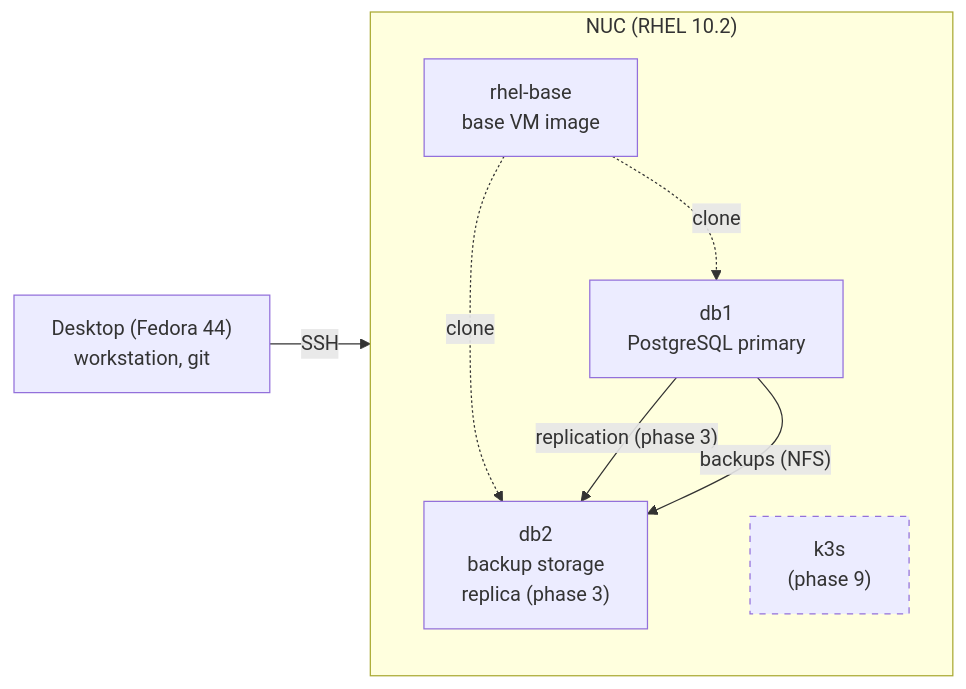
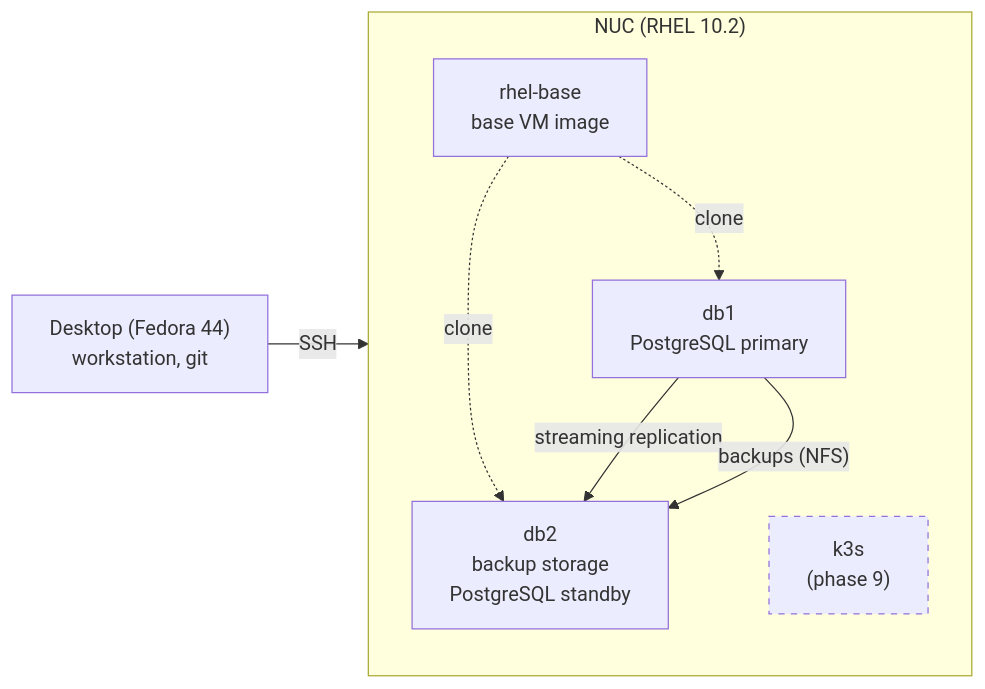
One commit to marin-orejas/rhel-data-platform changed the diagram in README.md. Above: the diagram before and after it, drawn with Mermaid. The commit also changed other lines of this file and 1 other file, not shown here.

Commit message:
docs(roadmap): mark streaming replication done

````diff
--- a/README.md
+++ b/README.md
@@ -15,17 +15,17 @@
 ```mermaid
 flowchart LR
     desk["Desktop (Fedora 44)<br/>workstation, git"]
     subgraph nuc["NUC (RHEL 10.2)"]
         base["rhel-base<br/>base VM image"]
         db1["db1<br/>PostgreSQL primary"]
-        db2["db2<br/>backup storage<br/>replica (phase 3)"]
+        db2["db2<br/>backup storage<br/>PostgreSQL standby"]
         k3s["k3s<br/>(phase 9)"]
         base -. clone .-> db1
         base -. clone .-> db2
-        db1 -- "replication (phase 3)" --> db2
+        db1 -- "streaming replication" --> db2
         db1 -- "backups (NFS)" --> db2
     end
     desk -- SSH --> nuc
     classDef planned stroke-dasharray: 5 5
     class k3s planned
 ```
````
